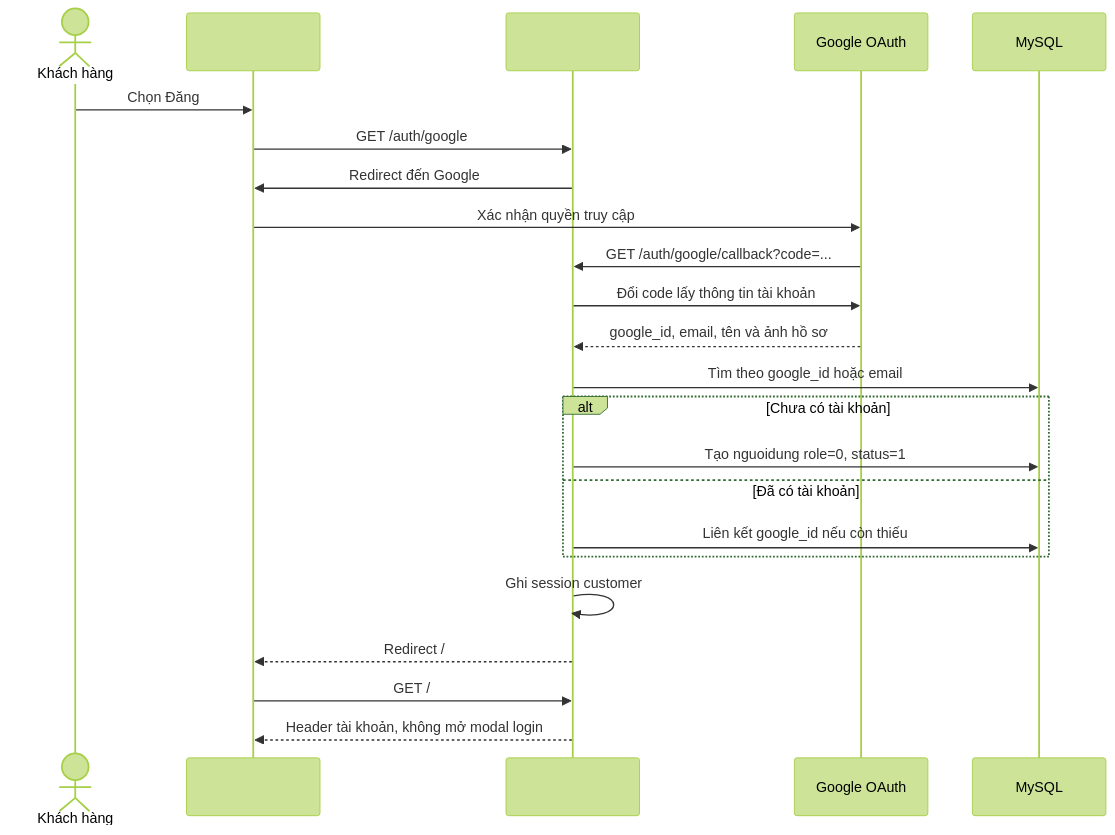
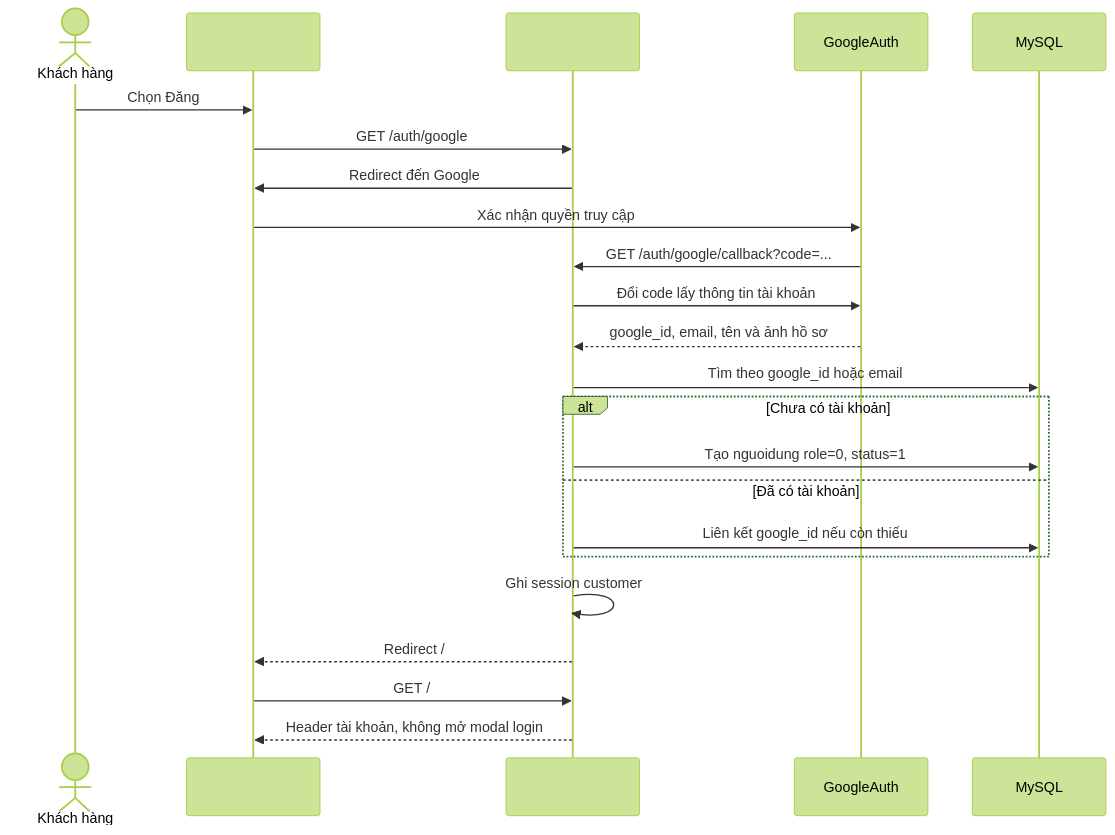
The third of 4 diagrams in README.md (ThuanDepzai03/DuAnTotNghiep), drawn with Mermaid (forest theme) before and after one commit.

Commit message:
sửa sản phẩm

````diff
--- a/README.md
+++ b/README.md
@@ -715,26 +715,26 @@
 ```mermaid
 sequenceDiagram
         actor Customer as Khách hàng
         participant Browser as 
         participant Laravel as
-        participant Google as Google OAuth
+        participant Google as GoogleAuth
         participant DB as MySQL
 
         Customer->>Browser: Chọn Đăng
         Browser->>Laravel: GET /auth/google
         Laravel->>Browser: Redirect đến Google
         Browser->>Google: Xác nhận quyền truy cập
         Google->>Laravel: GET /auth/google/callback?code=...
         Laravel->>Google: Đổi code lấy thông tin tài khoản
         Google-->>Laravel: google_id, email, tên và ảnh hồ sơ
         Laravel->>DB: Tìm theo google_id hoặc email
         alt Chưa có tài khoản
                 Laravel->>DB: Tạo nguoidung role=0, status=1
         else Đã có tài khoản
                 Laravel->>DB: Liên kết google_id nếu còn thiếu
         end
         Laravel->>Laravel: Ghi session customer
         Laravel-->>Browser: Redirect /
         Browser->>Laravel: GET /
         Laravel-->>Browser: Header tài khoản, không mở modal login
 ```
````
